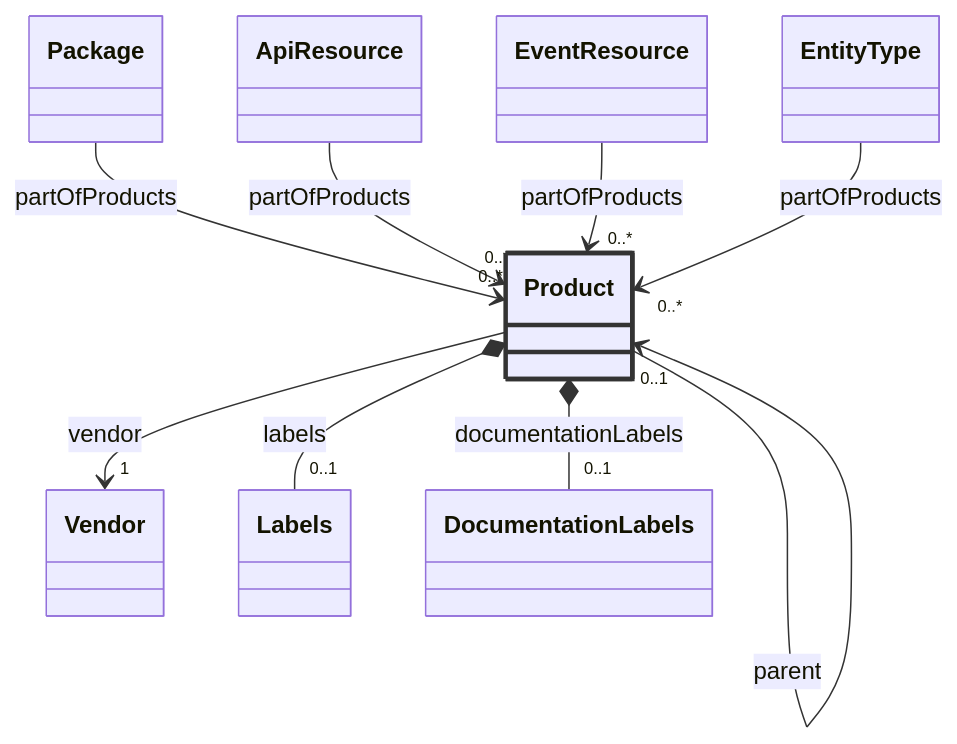
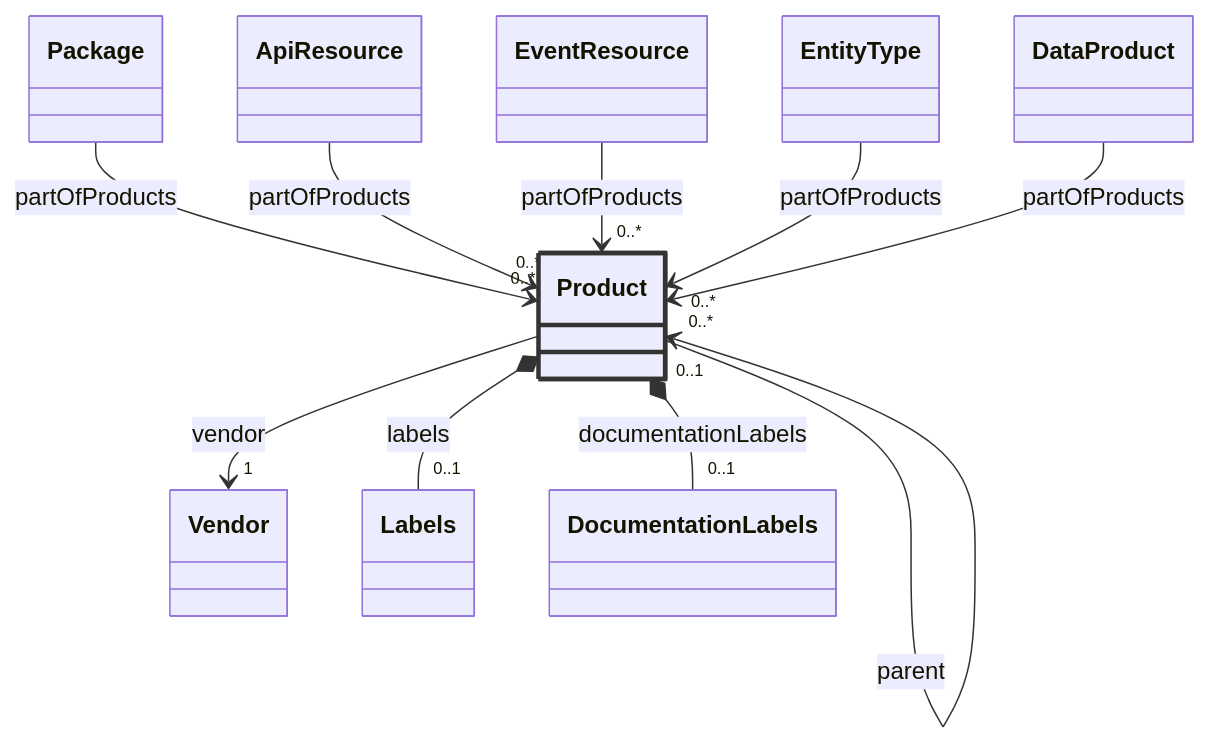
Before and after one commit to open-resource-discovery/specification: diagram 12 of 43 in docs/spec-v1/diagrams/document.md, drawn with Mermaid. The commit also changed other lines of this file and 34 other files, not shown here.

````diff
--- a/docs/spec-v1/diagrams/document.md
+++ b/docs/spec-v1/diagrams/document.md
@@ -273,21 +277,23 @@
   ```mermaid
   classDiagram
   class Product
   style Product stroke:#333,stroke-width:3px
   Package --> "0..*" Product : partOfProducts
   ApiResource --> "0..*" Product : partOfProducts
   EventResource --> "0..*" Product : partOfProducts
   EntityType --> "0..*" Product : partOfProducts
+  DataProduct --> "0..*" Product : partOfProducts
   Product --> "1" Vendor : vendor
   Product --> "0..1" Product : parent
   Product *-- "0..1" Labels : labels
   Product *-- "0..1" DocumentationLabels : documentationLabels
   click Package href "#package" "Go to Package"
   click ApiResource href "#apiresource" "Go to ApiResource"
   click EventResource href "#eventresource" "Go to EventResource"
   click EntityType href "#entitytype" "Go to EntityType"
+  click DataProduct href "#dataproduct" "Go to DataProduct"
   click Product href "#product" "Go to Product"
   click Vendor href "#vendor" "Go to Vendor"
   click Labels href "#labels" "Go to Labels"
   click DocumentationLabels href "#documentationlabels" "Go to DocumentationLabels"
   ```
````
